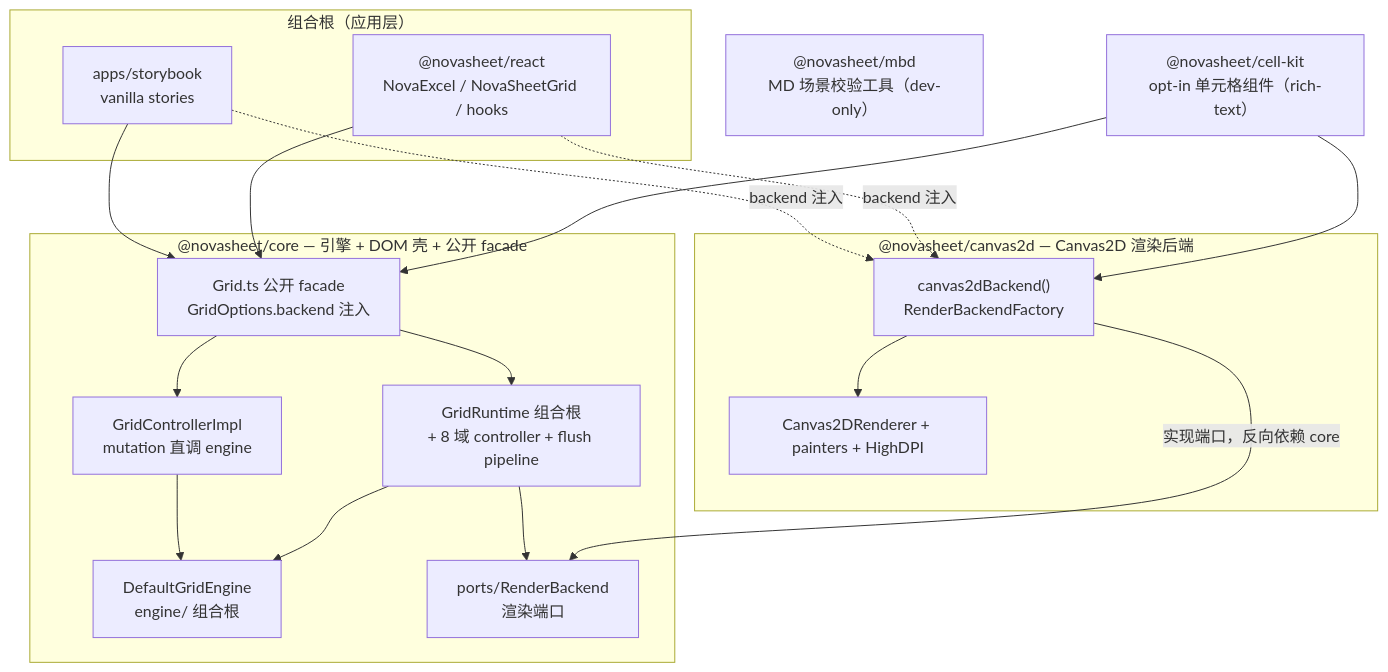
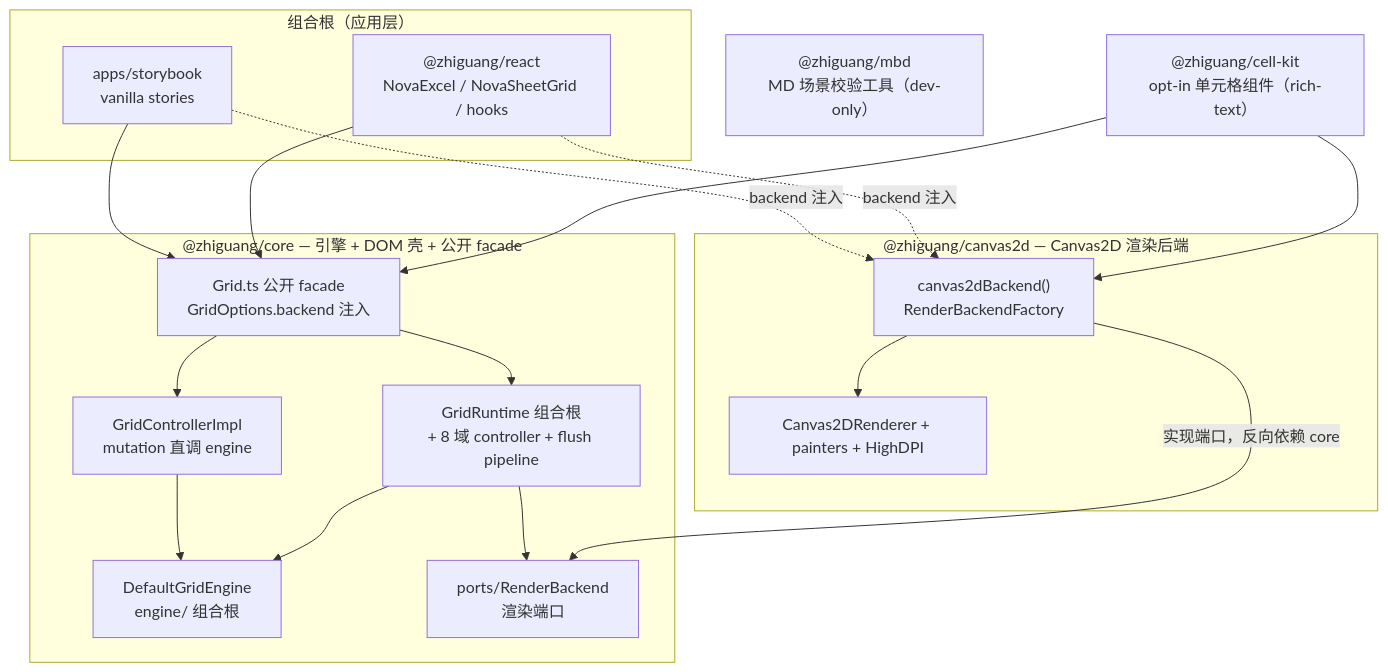
One commit to r1005410078/NovaSheet changed the first of 4 diagrams in docs/architecture.md. Above: the diagram before and after it, drawn with Mermaid. The commit also changed other lines of this file and 222 other files, not shown here.

````diff
--- a/docs/architecture.md
+++ b/docs/architecture.md
@@ -12,36 +12,36 @@
 ```mermaid
 flowchart TB
   subgraph Apps["组合根（应用层）"]
     SB["apps/storybook<br/>vanilla stories"]
-    React["@novasheet/react<br/>NovaExcel / NovaSheetGrid / hooks"]
+    React["@zhiguang/react<br/>NovaExcel / NovaSheetGrid / hooks"]
   end
 
-  subgraph CoreP["@novasheet/core — 引擎 + DOM 壳 + 公开 facade"]
+  subgraph CoreP["@zhiguang/core — 引擎 + DOM 壳 + 公开 facade"]
     Grid["Grid.ts 公开 facade<br/>GridOptions.backend 注入"]
     Ctl["GridControllerImpl<br/>mutation 直调 engine"]
     RT["GridRuntime 组合根<br/>+ 8 域 controller + flush pipeline"]
     Engine["DefaultGridEngine<br/>engine/ 组合根"]
     Port["ports/RenderBackend<br/>渲染端口"]
     Grid --> Ctl --> Engine
     Grid --> RT
     RT --> Engine
     RT --> Port
   end
 
-  subgraph C2D["@novasheet/canvas2d — Canvas2D 渲染后端"]
+  subgraph C2D["@zhiguang/canvas2d — Canvas2D 渲染后端"]
     Backend["canvas2dBackend()<br/>RenderBackendFactory"]
     Renderer["Canvas2DRenderer + painters + HighDPI"]
     Backend --> Renderer
   end
 
-  CellKit["@novasheet/cell-kit<br/>opt-in 单元格组件（rich-text）"]
-  MBD["@novasheet/mbd<br/>MD 场景校验工具（dev-only）"]
+  CellKit["@zhiguang/cell-kit<br/>opt-in 单元格组件（rich-text）"]
+  MBD["@zhiguang/mbd<br/>MD 场景校验工具（dev-only）"]
 
   SB --> Grid
   React --> Grid
   SB -.->|"backend 注入"| Backend
   React -.->|"backend 注入"| Backend
   Backend -->|"实现端口，反向依赖 core"| Port
   CellKit --> Grid
   CellKit --> Backend
 ```
````
